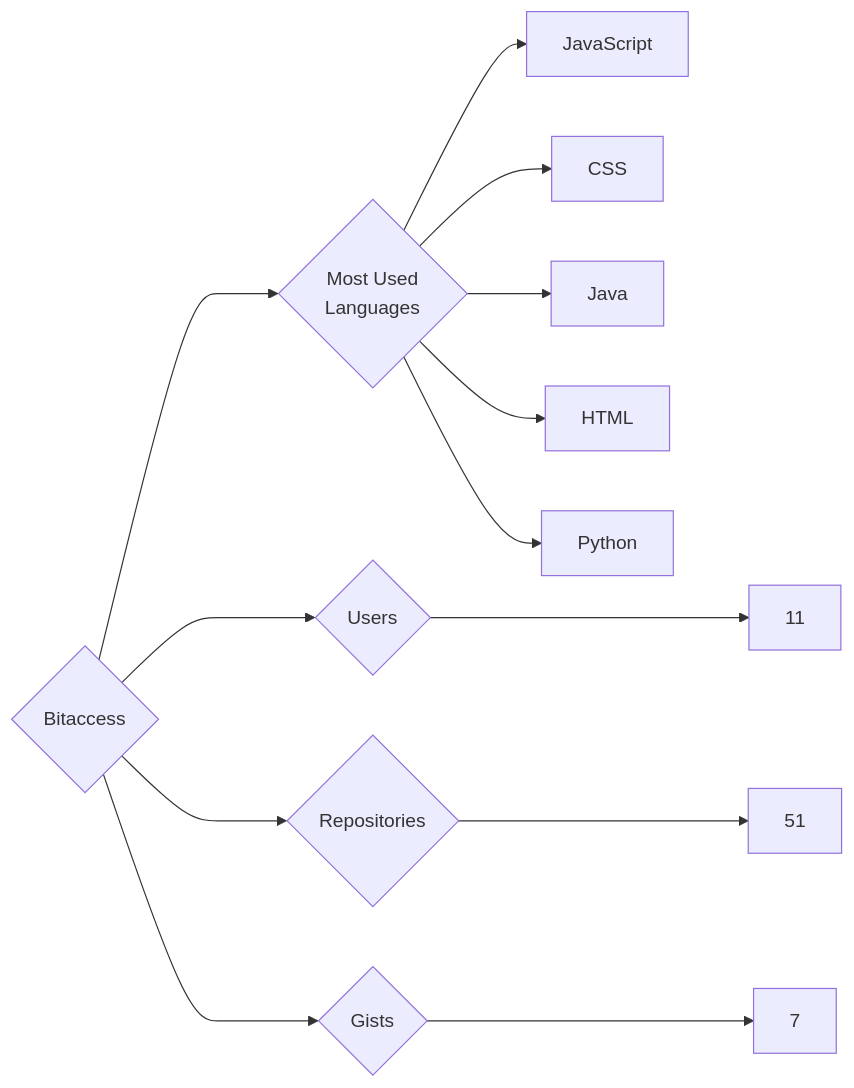
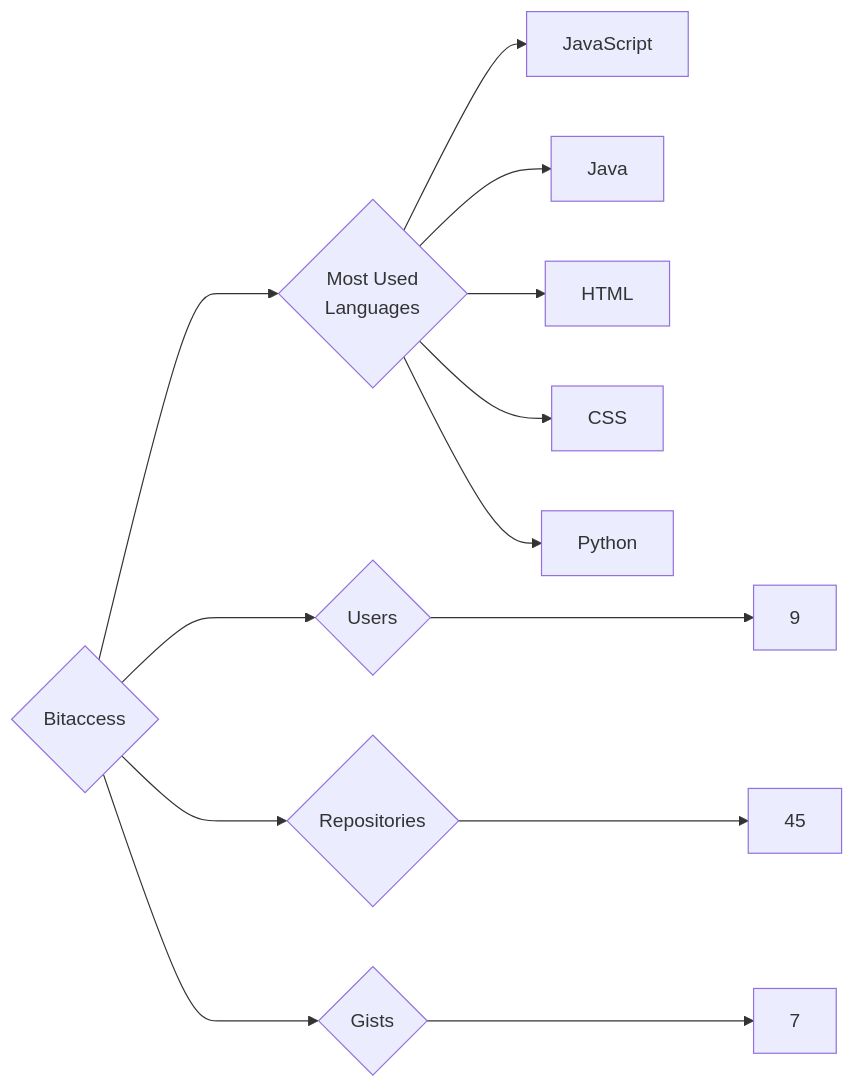
The diagram in targets/Bitaccess/README.md (trickest/insiders), drawn with Mermaid before and after one commit. The commit also changed 998 other files, not shown here.

````diff
--- a/targets/Bitaccess/README.md
+++ b/targets/Bitaccess/README.md
@@ -3,13 +3,13 @@
 ```mermaid
 graph LR
 COMPANY_NAME{Bitaccess}
-COMPANY_NAME ---> U{Users} ---> UN[11]
-COMPANY_NAME ---> R{Repositories} ---> RN[51]
+COMPANY_NAME ---> U{Users} ---> UN[9]
+COMPANY_NAME ---> R{Repositories} ---> RN[45]
 COMPANY_NAME ---> G{Gists} ---> GN[7]
 COMPANY_NAME ---> ML{Most Used<br>Languages}
 ML --> JavaScript[JavaScript]
-ML --> CSS[CSS]
 ML --> Java[Java]
 ML --> HTML[HTML]
+ML --> CSS[CSS]
 ML --> Python[Python]
 ```
````
